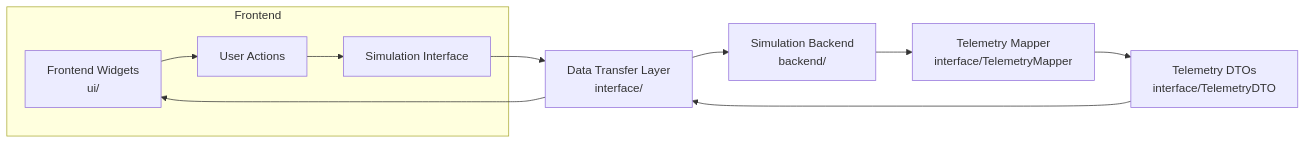
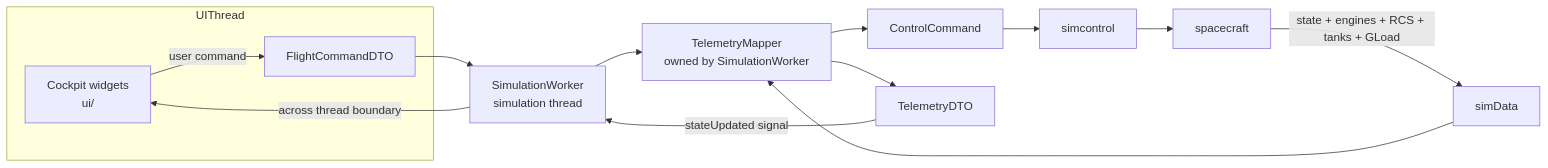
The fourth of 5 diagrams in docs/data-flow-diagrams.md (gerd-lrt-dev/moonlander), drawn with Mermaid before and after one commit. The commit also changed other lines of this file, not shown here.

First line of the commit message:
docs(data-flow): align diagrams with current main architecture

````diff
--- a/docs/data-flow-diagrams.md
+++ b/docs/data-flow-diagrams.md
@@ -133,23 +200,28 @@
 ```mermaid
 flowchart LR
-    subgraph Frontend
-        FW[Frontend Widgets<br/>ui/]
-        UA[User Actions]
-        SI[Simulation Interface]
+    subgraph UIThread
+        CW[Cockpit widgets<br/>ui/]
+        DTO[FlightCommandDTO]
     end
 
-    DTL[Data Transfer Layer<br/>interface/]
-    BS[Simulation Backend<br/>backend/]
-    TM[Telemetry Mapper<br/>interface/TelemetryMapper]
-    TD[Telemetry DTOs<br/>interface/TelemetryDTO]
+    SW[SimulationWorker<br/>simulation thread]
+    TM[TelemetryMapper<br/>owned by SimulationWorker]
+    CC[ControlCommand]
+    SC[simcontrol]
+    SC2[spacecraft]
+    SD[simData]
+    TD[TelemetryDTO]
 
-    FW --> UA
-    UA --> SI
-    SI --> DTL
-    DTL --> BS
+    CW -->|user command| DTO
+    DTO --> SW
+    SW --> TM
+    TM --> CC
+    CC --> SC
+    SC --> SC2
 
-    BS --> TM
+    SC2 -->|state + engines + RCS + tanks + GLoad| SD
+    SD --> TM
     TM --> TD
-    TD --> DTL
-    DTL --> FW
+    TD -->|stateUpdated signal| SW
+    SW -->|across thread boundary| CW
 ```
````
